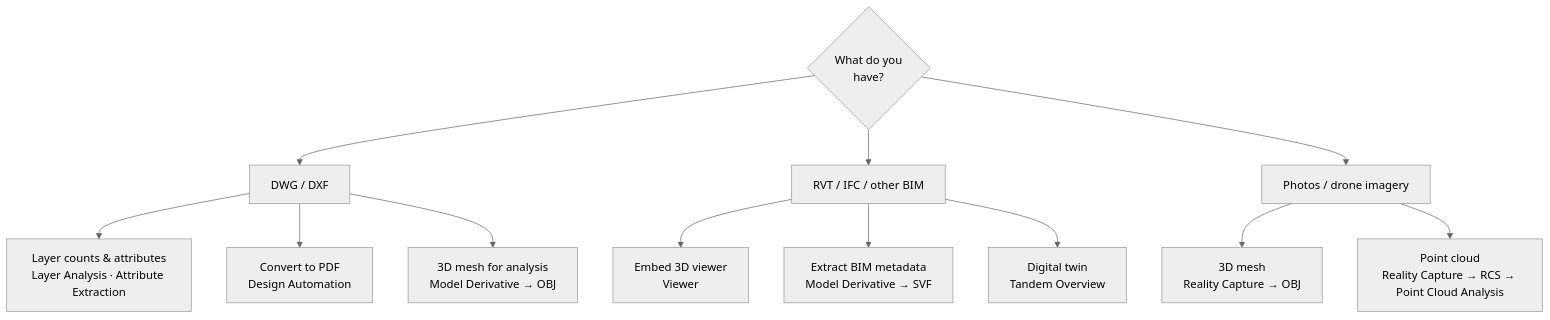
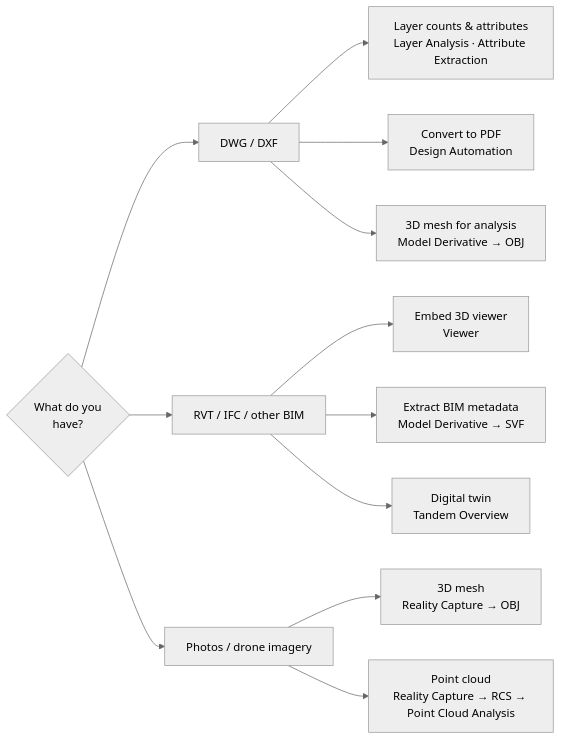
One commit to paulgovan/AutoDeskR-Book changed the second of 2 diagrams in getting-started.qmd. Above: the diagram before and after it, drawn with Mermaid (neutral theme). The commit also changed 99 other files, not shown here.

First line of the commit message:
Update getting-started diagram and sensor-streams plot, refresh docs

````diff
--- a/getting-started.qmd
+++ b/getting-started.qmd
@@ -84,18 +84,19 @@
 ```{mermaid}
 %%| fig-width: 4.5
-flowchart TD
+%%| fig-height: 7
+flowchart LR
   A{What do you<br>have?} --> B[DWG / DXF]
   A --> C[RVT / IFC / other BIM]
   A --> D[Photos / drone imagery]
 
   B --> B1[Layer counts & attributes<br>Layer Analysis · Attribute Extraction]
   B --> B2[Convert to PDF<br>Design Automation]
   B --> B3[3D mesh for analysis<br>Model Derivative → OBJ]
 
   C --> C1[Embed 3D viewer<br>Viewer]
   C --> C2[Extract BIM metadata<br>Model Derivative → SVF]
   C --> C3[Digital twin<br>Tandem Overview]
 
   D --> D1[3D mesh<br>Reality Capture → OBJ]
   D --> D2[Point cloud<br>Reality Capture → RCS → Point Cloud Analysis]
 ```
````
